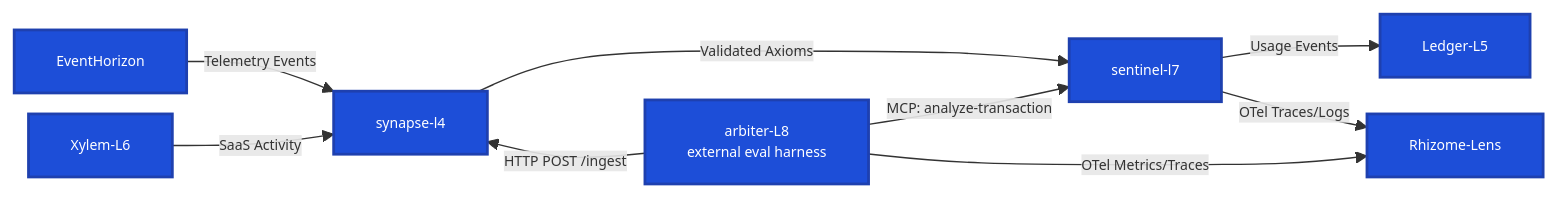
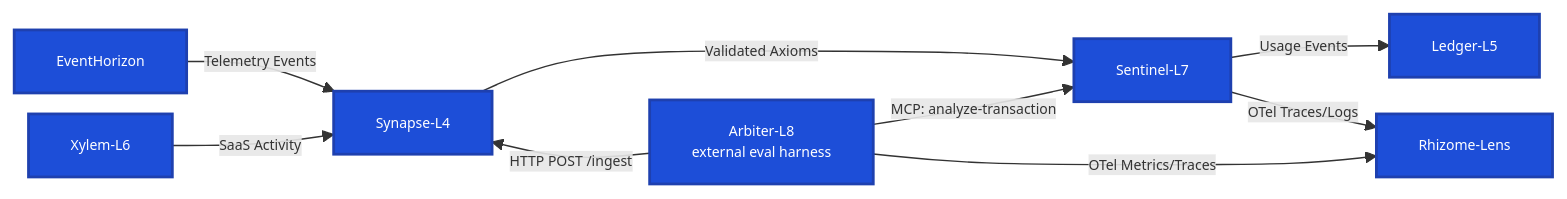
The diagram in README.md (obrienma/Rhizome-Risk), drawn with Mermaid before and after one commit. The commit also changed other lines of this file, not shown here.

Commit message:
dropped a word
Corrected grammatical error in the description of Rhizome Risk.

````diff
--- a/README.md
+++ b/README.md
@@ -36,33 +36,33 @@
 ```mermaid
 %%{init: {'themeVariables': {'fontSize': '10px'}, 'flowchart': {'nodeSpacing': 15, 'rankSpacing': 25}}}%%
 flowchart LR
     EH[EventHorizon]
     XY[Xylem-L6]
-    SL[synapse-l4]
-    AR[arbiter-L8<br/>external eval harness]
-    SentinelL7[sentinel-l7]
+    SL[Synapse-L4]
+    AR[Arbiter-L8<br/>external eval harness]
+    SentinelL7[Sentinel-L7]
     LE[Ledger-L5]
     RL[Rhizome-Lens]
 
     SL ~~~ AR
 
     EH -->|Telemetry Events| SL
     XY -->|SaaS Activity| SL
     SL -->|Validated Axioms| SentinelL7
     SentinelL7 -->|Usage Events| LE
     SentinelL7 -->|OTel Traces/Logs| RL
     AR -->|HTTP POST /ingest| SL
     AR -->|MCP: analyze-transaction| SentinelL7
     AR -->|OTel Metrics/Traces| RL
 
     click EH "https://github.com/obrienma/EventHorizon#readme" "Go to EventHorizon repo"
     click XY "https://github.com/obrienma/Xylem-L6#readme" "Go to Xylem-L6 repo"
-    click SL "https://github.com/obrienma/synapse-l4#readme" "Go to synapse-l4 repo"
-    click AR "https://github.com/obrienma/Arbiter-L8#readme" "Go to arbiter-L8 repo"
-    click SentinelL7 "https://github.com/obrienma/sentinel-l7#readme" "Go to sentinel-l7 repo"
+    click SL "https://github.com/obrienma/synapse-l4#readme" "Go to Synapse-L4 repo"
+    click AR "https://github.com/obrienma/Arbiter-L8#readme" "Go to Arbiter-L8 repo"
+    click SentinelL7 "https://github.com/obrienma/sentinel-L7#readme" "Go to Sentinel-L7 repo"
     click LE "https://github.com/obrienma/Ledger-L5#readme" "Go to Ledger-L5 repo"
     click RL "https://github.com/obrienma/Rhizome-Lens#readme" "Go to Rhizome-Lens repo"
 
     classDef clickable fill:#1d4ed8,stroke:#1e40af,stroke-width:2px,color:#ffffff
     class EH,XY,SL,AR,SentinelL7,LE,RL clickable
 ```
````
